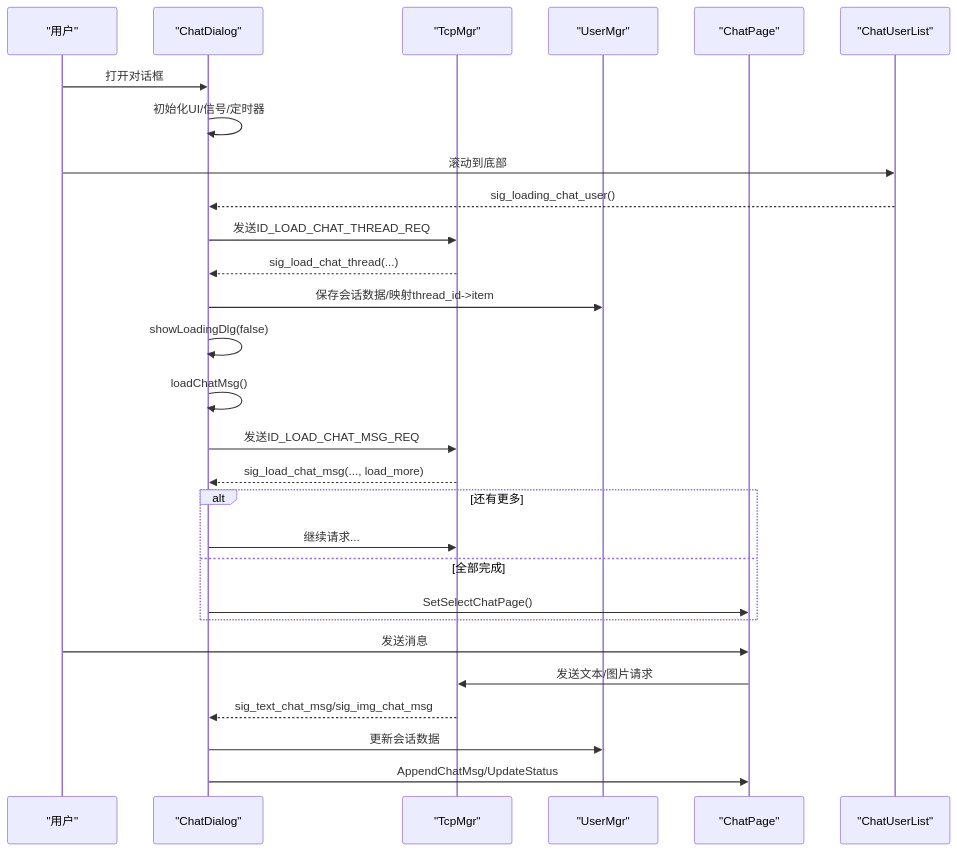
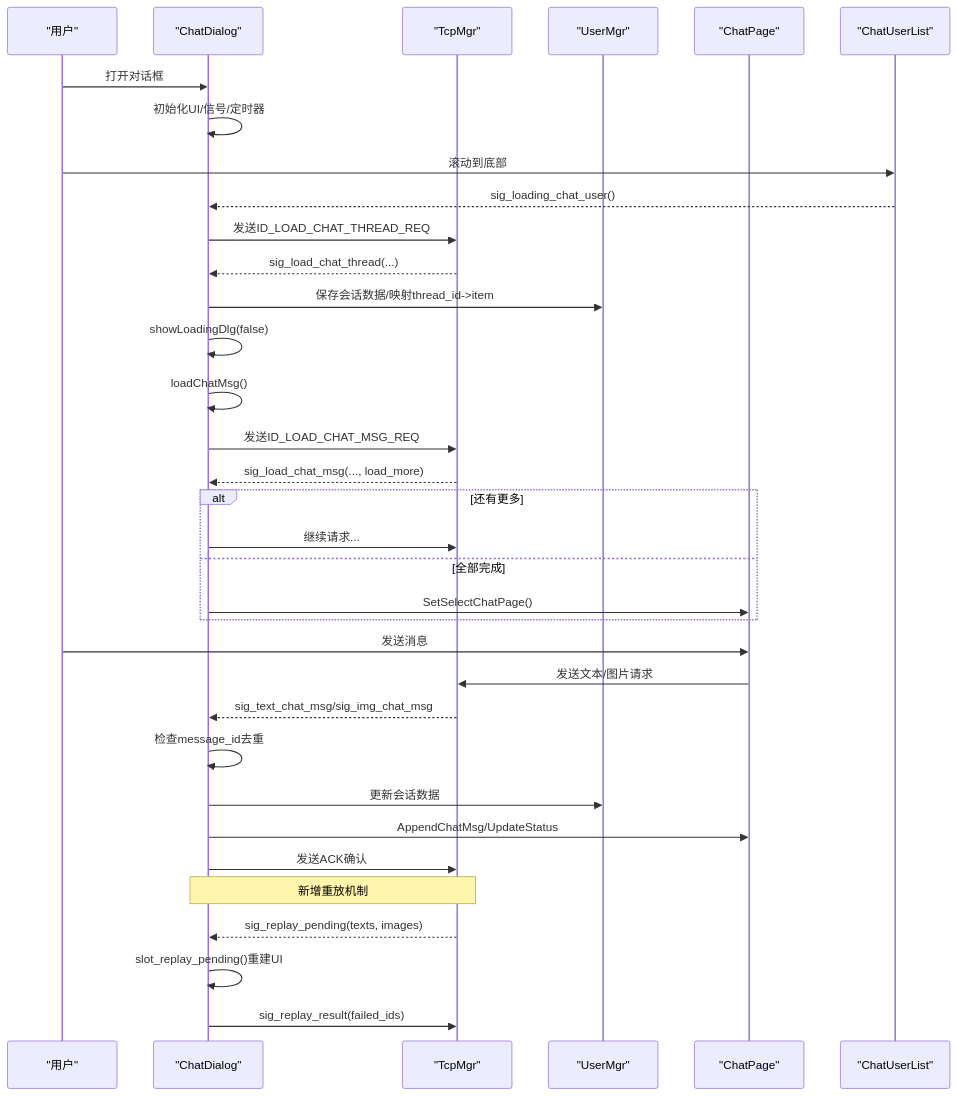
One commit to echo9923/mychatter changed the second of 11 diagrams in .qoder/repowiki/zh/content/客户端开发/UI组件设计/聊天对话框组件.md. Above: the diagram before and after it, drawn with Mermaid. The commit also changed other lines of this file and 54 other files, not shown here.

````diff
--- a/.qoder/repowiki/zh/content/客户端开发/UI组件设计/聊天对话框组件.md
+++ b/.qoder/repowiki/zh/content/客户端开发/UI组件设计/聊天对话框组件.md
@@ -116,30 +135,36 @@
 ```mermaid
 sequenceDiagram
 participant U as "用户"
 participant CD as "ChatDialog"
 participant TM as "TcpMgr"
 participant UM as "UserMgr"
 participant CP as "ChatPage"
 participant CUL as "ChatUserList"
 U->>CD : 打开对话框
 CD->>CD : 初始化UI/信号/定时器
 U->>CUL : 滚动到底部
 CUL-->>CD : sig_loading_chat_user()
 CD->>TM : 发送ID_LOAD_CHAT_THREAD_REQ
 TM-->>CD : sig_load_chat_thread(...)
 CD->>UM : 保存会话数据/映射thread_id->item
 CD->>CD : showLoadingDlg(false)
 CD->>CD : loadChatMsg()
 CD->>TM : 发送ID_LOAD_CHAT_MSG_REQ
 TM-->>CD : sig_load_chat_msg(..., load_more)
 alt 还有更多
 CD->>TM : 继续请求...
 else 全部完成
 CD->>CP : SetSelectChatPage()
 end
 U->>CP : 发送消息
 CP->>TM : 发送文本/图片请求
 TM-->>CD : sig_text_chat_msg/sig_img_chat_msg
+CD->>CD : 检查message_id去重
 CD->>UM : 更新会话数据
 CD->>CP : AppendChatMsg/UpdateStatus
+CD->>TM : 发送ACK确认
+Note over CD,TM : 新增重放机制
+TM-->>CD : sig_replay_pending(texts, images)
+CD->>CD : slot_replay_pending()重建UI
+CD->>TM : sig_replay_result(failed_ids)
 ```
````
